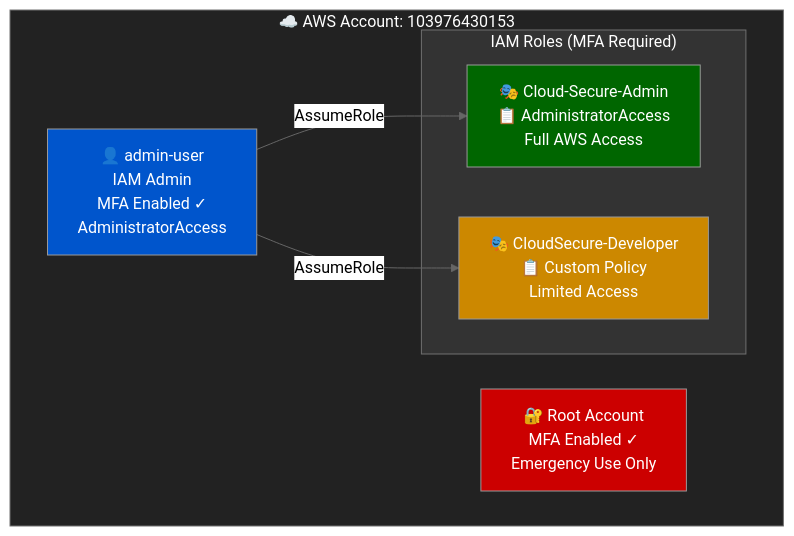
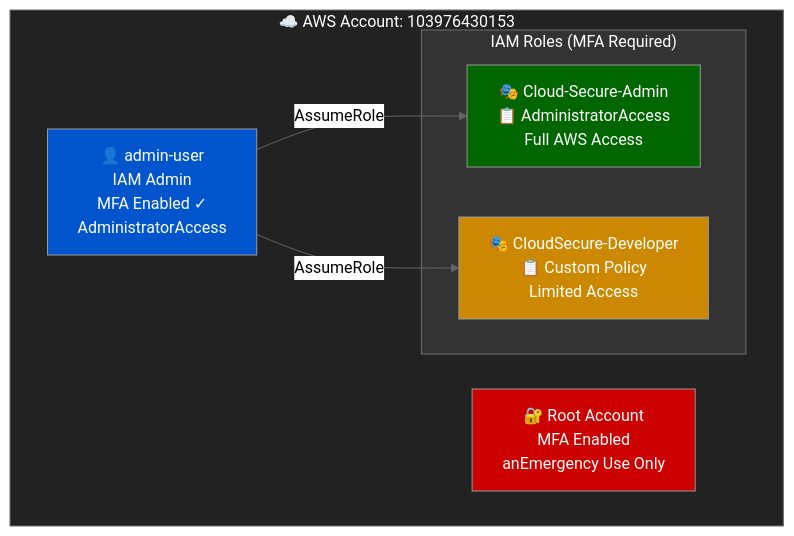
One commit to Abhikarthik3104/CloudSecure-IAM-Project changed the first of 4 diagrams in Readme.md. Above: the diagram before and after it, drawn with Mermaid (neutral theme).

````diff
--- a/Readme.md
+++ b/Readme.md
@@ -33,22 +33,22 @@
 ```mermaid
 graph TB
     subgraph AWS["☁️ AWS Account: 103976430153"]
-        Root["🔐 Root Account\nMFA Enabled ✓\nEmergency Use Only"]
+        Root["🔐 Root Account\nMFA Enabled <br/>anEmergency Use Only"]
         Admin["👤 admin-user<br/>IAM Admin<br/>MFA Enabled ✓<br/>AdministratorAccess"]
 
         subgraph Roles["IAM Roles (MFA Required)"]
             AdminRole["🎭 Cloud-Secure-Admin<br/>📋 AdministratorAccess<br/> Full AWS Access"]
             DevRole["🎭 CloudSecure-Developer<br/>📋 Custom Policy<br/> Limited Access"]
         end
 
         Admin -->|"AssumeRole"| AdminRole
         Admin -->|"AssumeRole"| DevRole
     end
 
     style Root fill:#cc0000,color:#ffffff
     style Admin fill:#0055cc,color:#ffffff
     style AdminRole fill:#006600,color:#ffffff
     style DevRole fill:#cc8800,color:#ffffff
     style Roles fill:#333333,color:#ffffff
     style AWS fill:#222222,color:#ffffff
 ```
````
